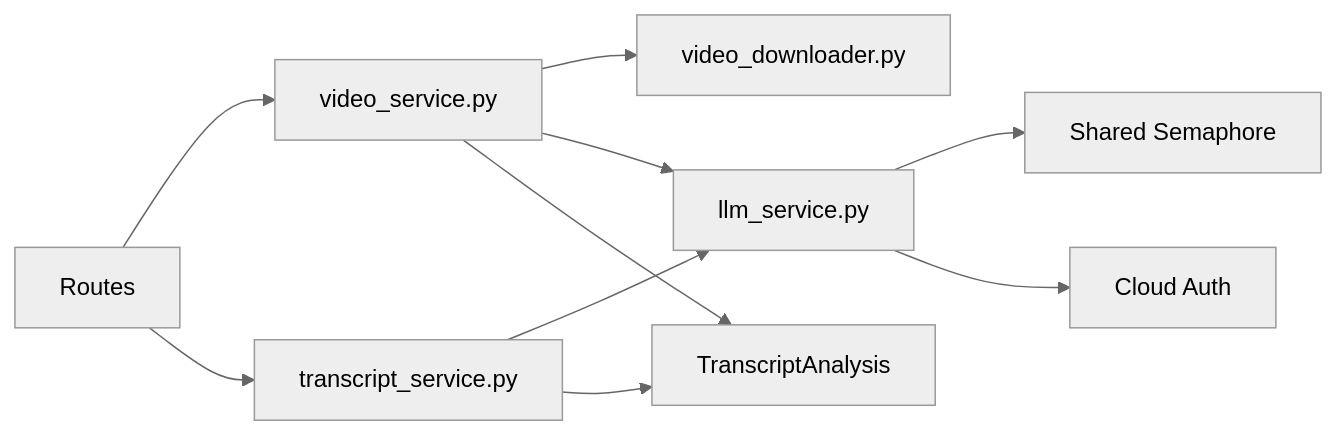
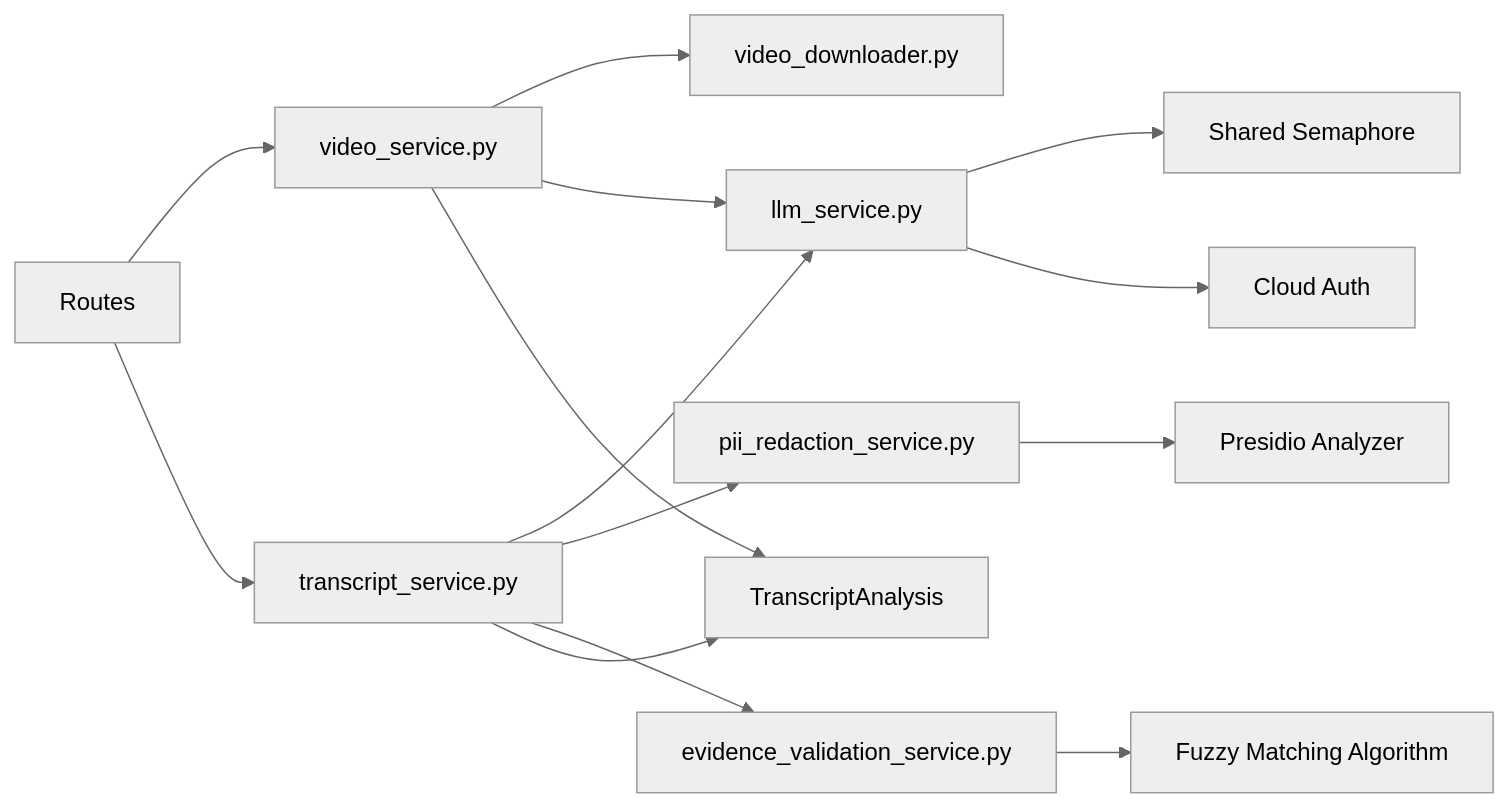
Before and after one commit to Revanththetalogics/aireume: the third of 3 diagrams in .qoder/repowiki/en/content/API Reference/Video Interview API.md, drawn with Mermaid (neutral theme). The commit also changed other lines of this file and 20 other files, not shown here.

````diff
--- a/.qoder/repowiki/en/content/API Reference/Video Interview API.md
+++ b/.qoder/repowiki/en/content/API Reference/Video Interview API.md
@@ -390,12 +497,16 @@
 ```mermaid
 graph LR
 Routes["Routes"] --> VideoSvc["video_service.py"]
 Routes --> TransSvc["transcript_service.py"]
 VideoSvc --> Downloader["video_downloader.py"]
 VideoSvc --> LLMService["llm_service.py"]
 TransSvc --> LLMService
+TransSvc --> PII["pii_redaction_service.py"]
+TransSvc --> Evidence["evidence_validation_service.py"]
 TransSvc --> DB["TranscriptAnalysis"]
 VideoSvc --> DB
 LLMService --> Semaphore["Shared Semaphore"]
 LLMService --> CloudAuth["Cloud Auth"]
+PII --> Presidio["Presidio Analyzer"]
+Evidence --> FuzzyMatch["Fuzzy Matching Algorithm"]
 ```
````
